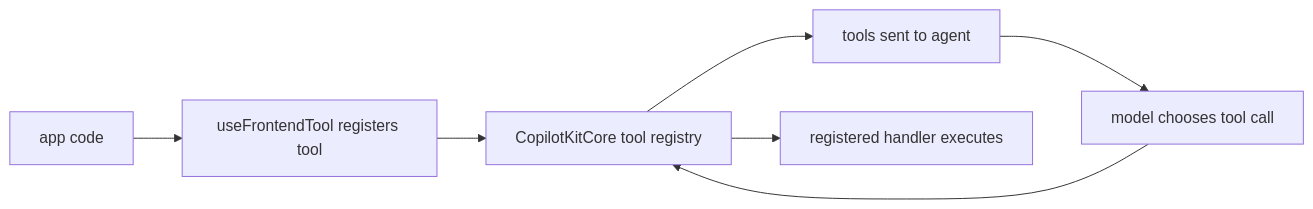
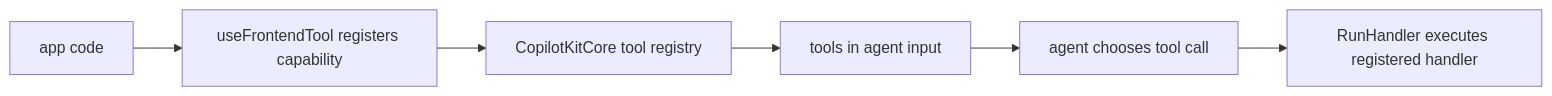
Before and after one commit to nfbs2000/speaky-CopilotKit: the first of 4 diagrams in site/docs/copilotkit-source/03-control-boundary.md, drawn with Mermaid. The commit also changed other lines of this file and 12 other files, not shown here.

````diff
--- a/site/docs/copilotkit-source/03-control-boundary.md
+++ b/site/docs/copilotkit-source/03-control-boundary.md
@@ -50,9 +51,8 @@
 ```mermaid
 flowchart LR
-  App["app code"] --> Register["useFrontendTool registers tool"]
+  App["app code"] --> Register["useFrontendTool registers capability"]
   Register --> Core["CopilotKitCore tool registry"]
-  Core --> AgentInput["tools sent to agent"]
-  AgentInput --> Model["model chooses tool call"]
-  Model --> Core
-  Core --> Handler["registered handler executes"]
+  Core --> Input["tools in agent input"]
+  Input --> Agent["agent chooses tool call"]
+  Agent --> Handler["RunHandler executes registered handler"]
 ```
````
